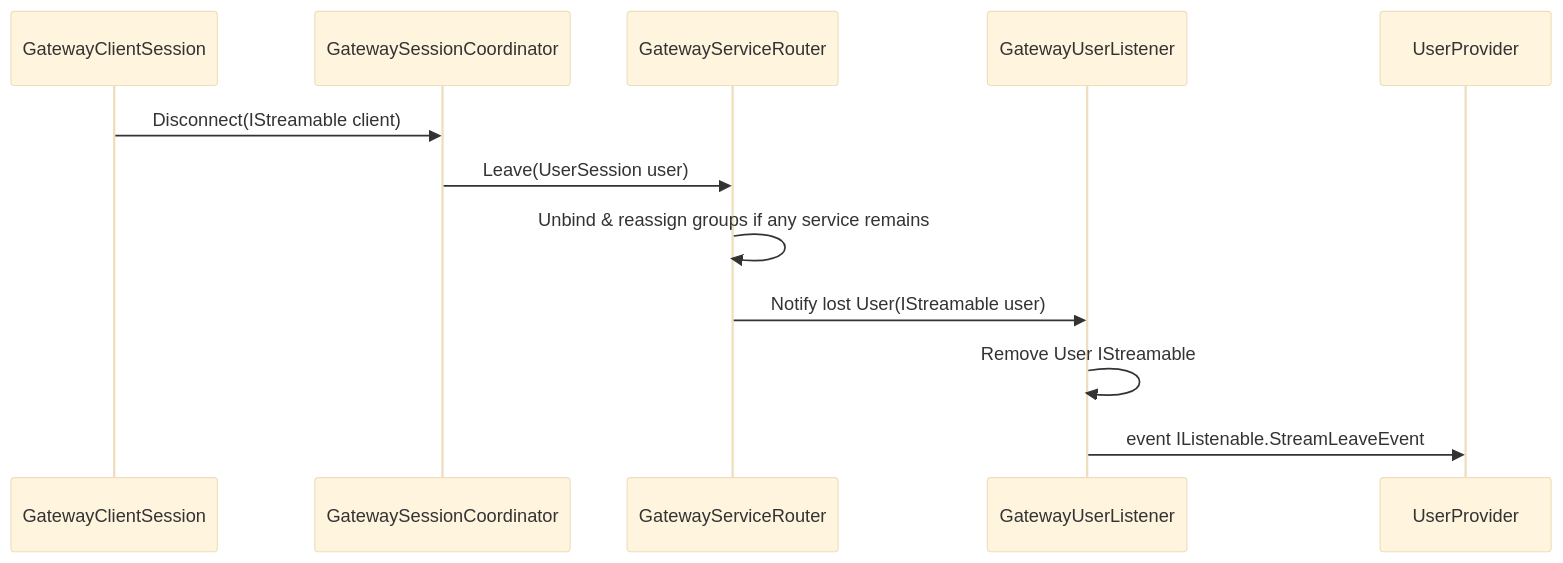
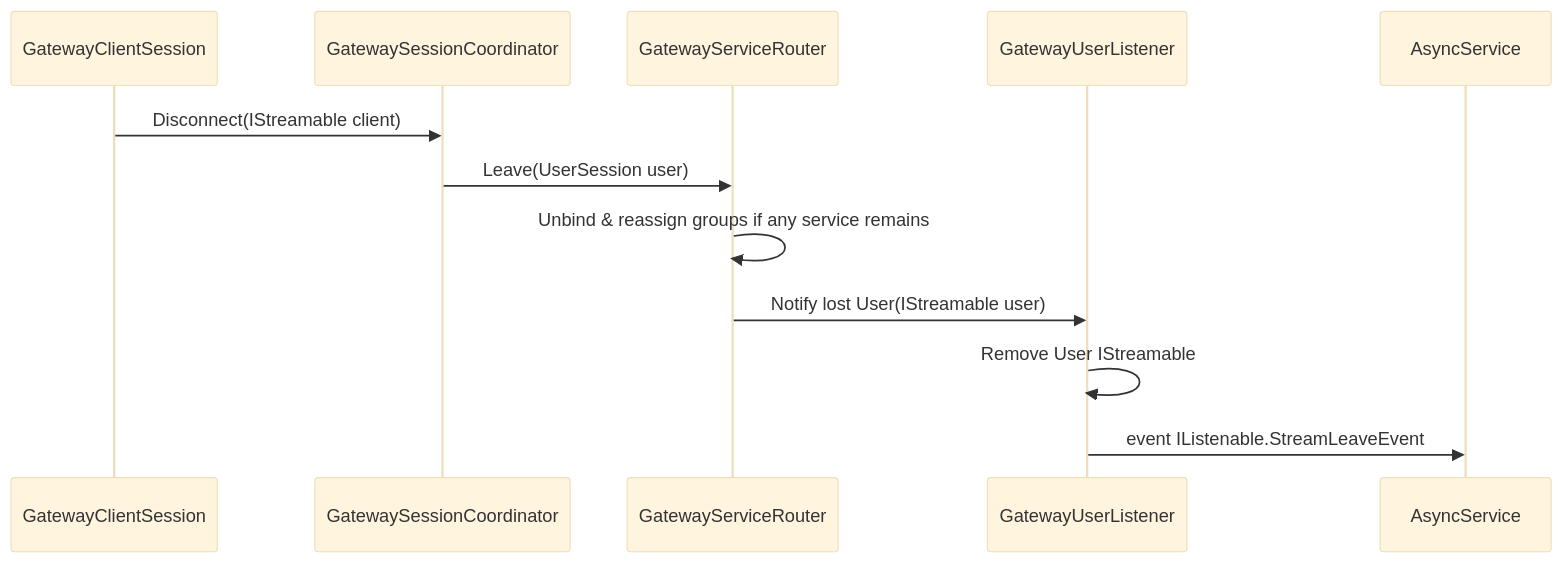
One commit to jiowchern/PinionCore.Remote changed the fifth of 6 diagrams in PinionCore.Remote.Gateway/design.md. Above: the diagram before and after it, drawn with Mermaid (base theme). The commit also changed other lines of this file and 19 other files, not shown here.

````diff
--- a/PinionCore.Remote.Gateway/design.md
+++ b/PinionCore.Remote.Gateway/design.md
@@ -190,13 +190,13 @@
 ```mermaid
 sequenceDiagram
     participant GatewayClientSession 
     participant GatewaySessionCoordinator
     participant GatewayServiceRouter
     participant GatewayUserListener
     GatewayClientSession ->> GatewaySessionCoordinator: Disconnect(IStreamable client)
     GatewaySessionCoordinator ->> GatewayServiceRouter: Leave(UserSession user)
     GatewayServiceRouter ->> GatewayServiceRouter: Unbind & reassign groups if any service remains
     GatewayServiceRouter ->> GatewayUserListener: Notify lost User(IStreamable user)
     GatewayUserListener ->> GatewayUserListener: Remove User IStreamable
-    GatewayUserListener  ->> UserProvider: event IListenable.StreamLeaveEvent
+    GatewayUserListener  ->> AsyncService: event IListenable.StreamLeaveEvent
 ```
````
